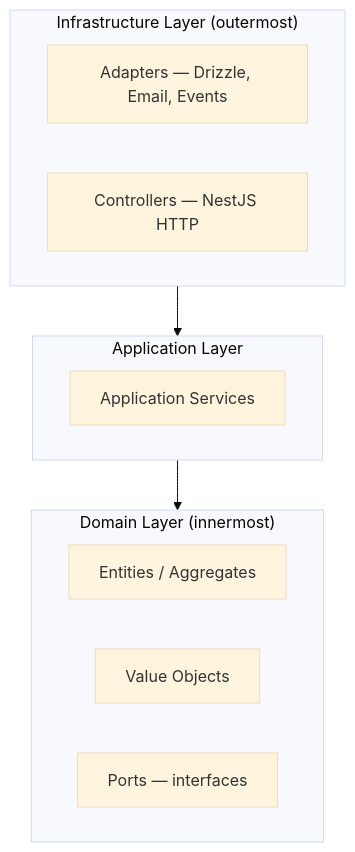
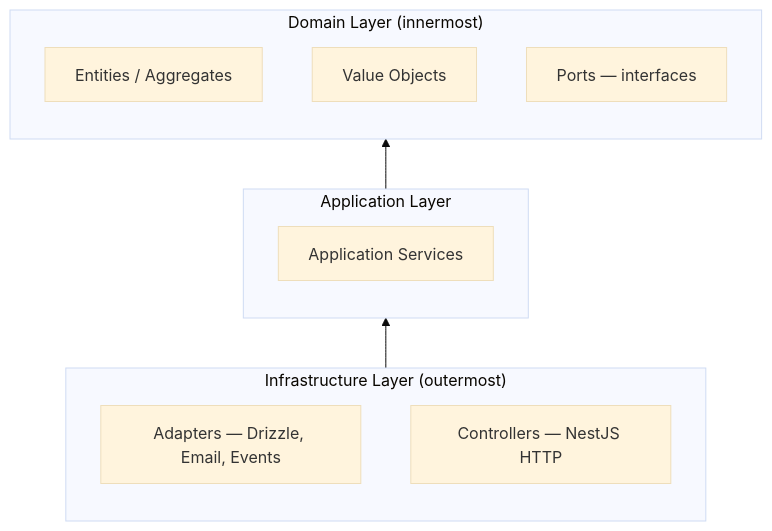
Before and after one commit to MickaelV0/roxabi_boilerplate: the first of 2 diagrams in docs/architecture/backend-ddd-hexagonal.mdx, drawn with Mermaid (base theme). The commit also changed other lines of this file, not shown here.

First line of the commit message:
docs(architecture): apply review findings to backend DDD + hexagonal doc

````diff
--- a/docs/architecture/backend-ddd-hexagonal.mdx
+++ b/docs/architecture/backend-ddd-hexagonal.mdx
@@ -130,17 +150,17 @@
 ```mermaid
-graph TD
+graph BT
   subgraph Domain["Domain Layer (innermost)"]
     E[Entities / Aggregates]
     VO[Value Objects]
     P[Ports — interfaces]
   end
   subgraph App["Application Layer"]
     AS[Application Services]
   end
   subgraph Infra["Infrastructure Layer (outermost)"]
     A[Adapters — Drizzle, Email, Events]
     C[Controllers — NestJS HTTP]
   end
   App --> Domain
   Infra --> App
 ```
````
